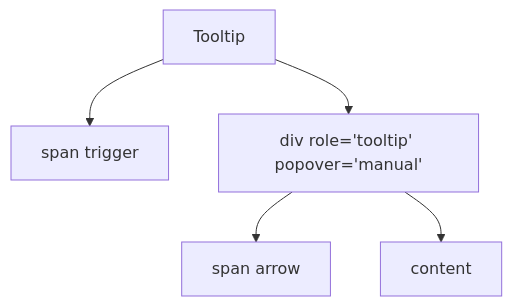
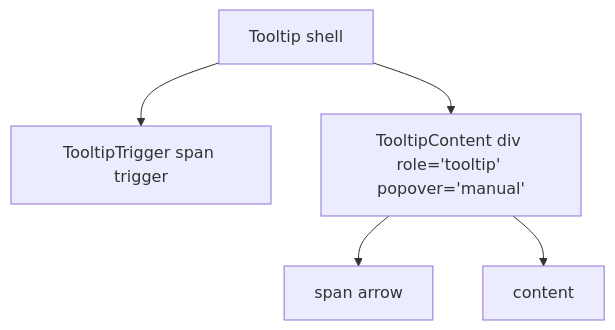
Before and after one commit to luciocabrera/lcabrera-stack: the second of 3 diagrams in packages/ui/src/components/Tooltip/ARCHITECTURE.md, drawn with Mermaid. The commit also changed other lines of this file and 137 other files, not shown here.

````diff
--- a/packages/ui/src/components/Tooltip/ARCHITECTURE.md
+++ b/packages/ui/src/components/Tooltip/ARCHITECTURE.md
@@ -77,13 +108,13 @@
 ```mermaid
 graph TD
-  Root[Tooltip]
-  Trigger[span trigger]
-  Popover[div role='tooltip' popover='manual']
+  Root[Tooltip shell]
+  Trigger[TooltipTrigger span trigger]
+  Popover[TooltipContent div role='tooltip' popover='manual']
   Arrow[span arrow]
   Content[content]
 
   Root --> Trigger
   Root --> Popover
   Popover --> Arrow
   Popover --> Content
 ```
````
